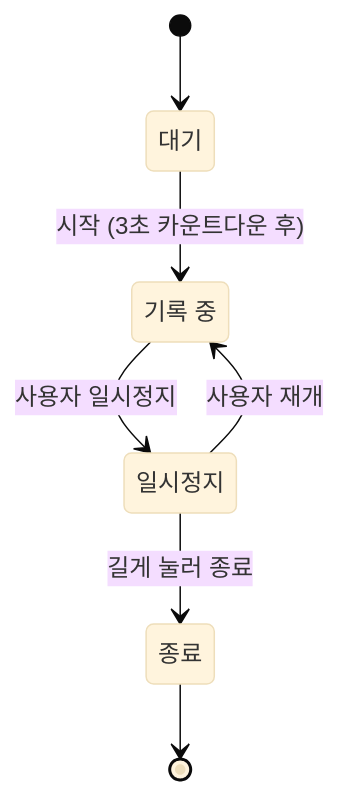
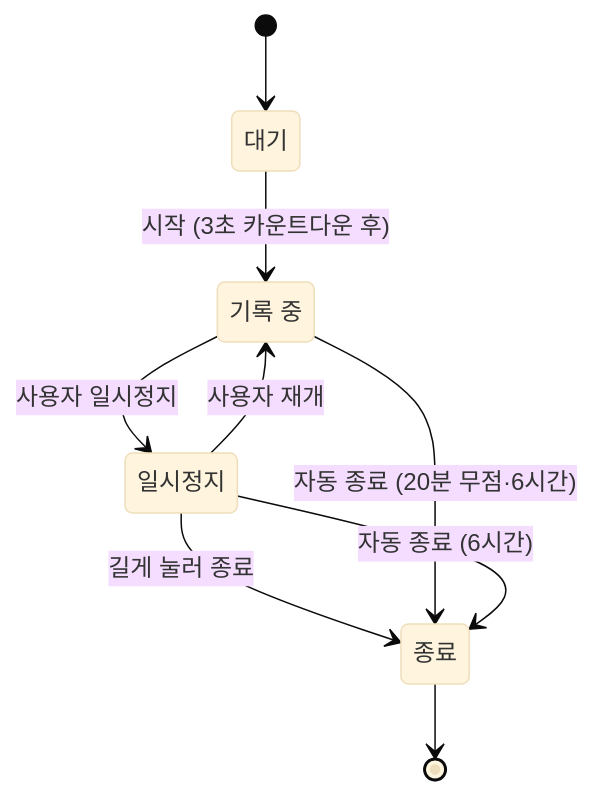
Before and after one commit to dhkim1522/runmagochi: the diagram in docs/specs/run-engine.md, drawn with Mermaid (base theme). The commit also changed other lines of this file and 10 other files, not shown here.

````diff
--- a/docs/specs/run-engine.md
+++ b/docs/specs/run-engine.md
@@ -7,13 +7,15 @@
 ```mermaid
 stateDiagram-v2
     state "대기" as Idle
     state "기록 중" as Recording
     state "일시정지" as Paused
     state "종료" as Ended
     [*] --> Idle
     Idle --> Recording: 시작 (3초 카운트다운 후)
     Recording --> Paused: 사용자 일시정지
     Paused --> Recording: 사용자 재개
     Paused --> Ended: 길게 눌러 종료
+    Recording --> Ended: 자동 종료 (20분 무점·6시간)
+    Paused --> Ended: 자동 종료 (6시간)
     Ended --> [*]
 ```
````
